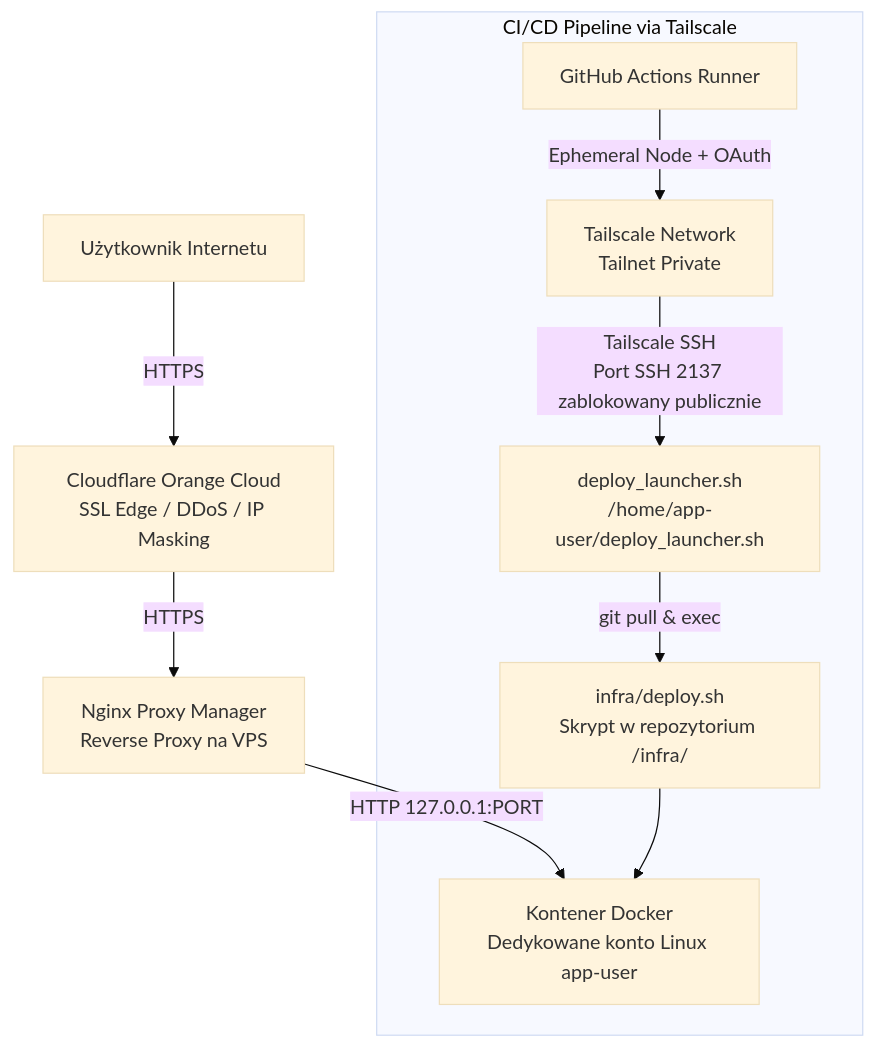
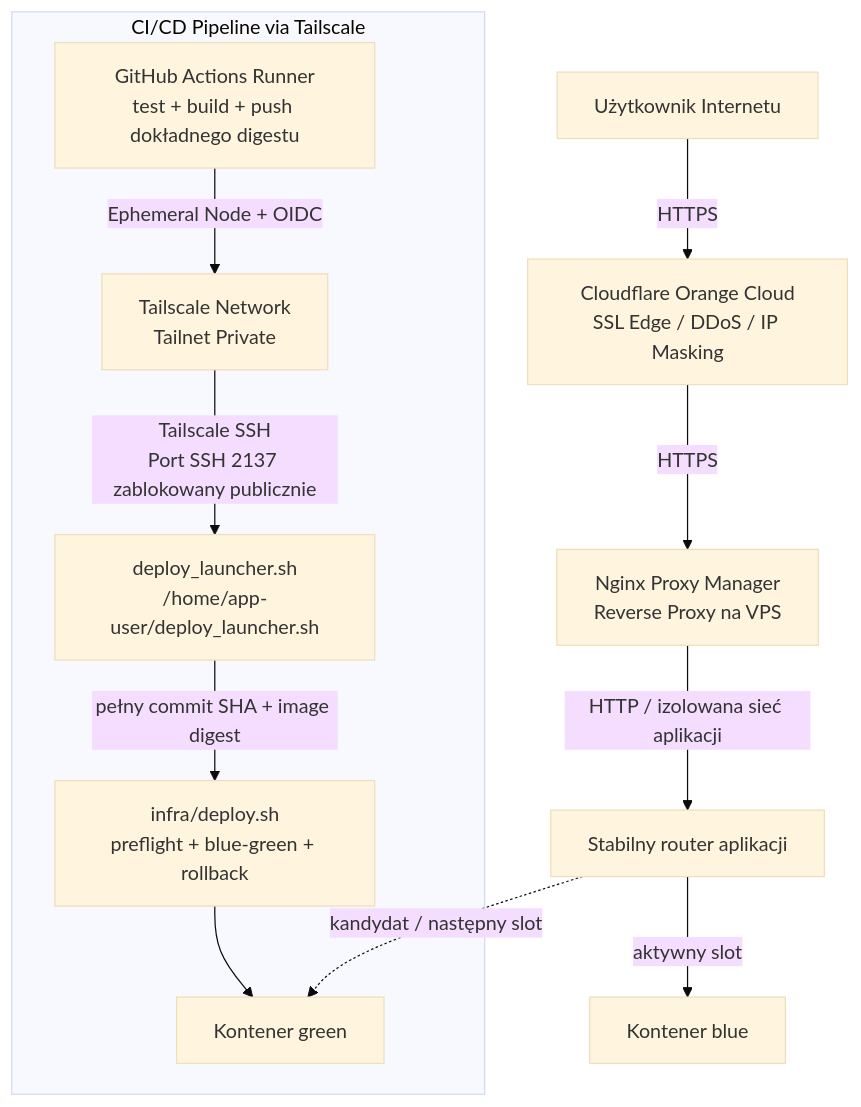
The diagram in docs/implementation-plan.md (SzczepanGrela/grela-dev-roadmap), drawn with Mermaid (base theme) before and after one commit. The commit also changed other lines of this file and 2 other files, not shown here.

Commit message:
docs: standardize deployment and observability roadmap

````diff
--- a/docs/implementation-plan.md
+++ b/docs/implementation-plan.md
@@ -15,13 +15,15 @@
 ```mermaid
 graph TD
     User[Użytkownik Internetu] -->|HTTPS| CF[Cloudflare Orange Cloud<br/>SSL Edge / DDoS / IP Masking]
     CF -->|HTTPS| NPM[Nginx Proxy Manager<br/>Reverse Proxy na VPS]
-    NPM -->|HTTP 127.0.0.1:PORT| Docker[Kontener Docker<br/>Dedykowane konto Linux app-user]
+    NPM -->|HTTP / izolowana sieć aplikacji| Gateway[Stabilny router aplikacji]
+    Gateway -->|aktywny slot| Blue[Kontener blue]
+    Gateway -.->|kandydat / następny slot| Green[Kontener green]
     
     subgraph CI/CD Pipeline via Tailscale
-        GHA[GitHub Actions Runner] -->|Ephemeral Node + OAuth| TS[Tailscale Network<br/>Tailnet Private]
+        GHA[GitHub Actions Runner<br/>test + build + push dokładnego digestu] -->|Ephemeral Node + OIDC| TS[Tailscale Network<br/>Tailnet Private]
         TS -->|Tailscale SSH<br/>Port SSH 2137 zablokowany publicznie| Launcher[deploy_launcher.sh<br/>/home/app-user/deploy_launcher.sh]
-        Launcher -->|git pull & exec| DeployScript[infra/deploy.sh<br/>Skrypt w repozytorium /infra/]
-        DeployScript --> Docker
+        Launcher -->|pełny commit SHA + image digest| DeployScript[infra/deploy.sh<br/>preflight + blue-green + rollback]
+        DeployScript --> Green
     end
 ```
````
